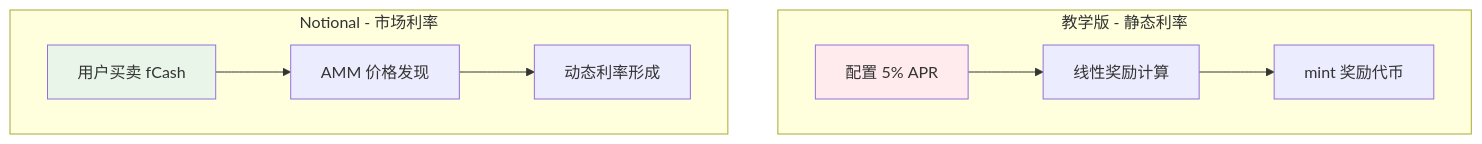
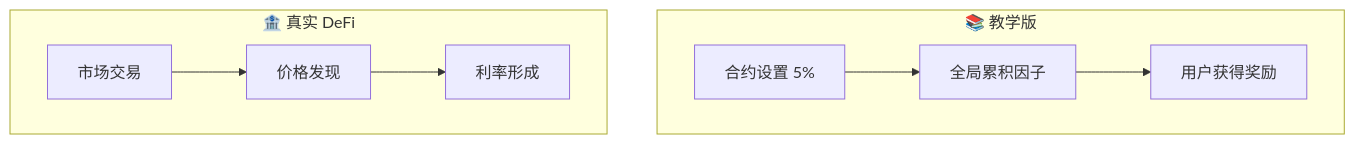
Before and after one commit to RohithVetri/defi-fixed-yield-course: the first of 2 diagrams in docs/lessons/06-notional-deep-dive.md, drawn with Mermaid. The commit also changed other lines of this file and 1 other file, not shown here.

````diff
--- a/docs/lessons/06-notional-deep-dive.md
+++ b/docs/lessons/06-notional-deep-dive.md
@@ -21,15 +21,12 @@
 ```mermaid
 graph TD
-    subgraph "教学版 - 静态利率"
-        A1[配置 5% APR] --> B1[线性奖励计算]
-        B1 --> C1[mint 奖励代币]
+    subgraph "📚 教学版"
+        A[合约设置 5%] --> B[全局累积因子]
+        B --> C[用户获得奖励]
     end
     
-    subgraph "Notional - 市场利率"
-        A2[用户买卖 fCash] --> B2[AMM 价格发现]
-        B2 --> C2[动态利率形成]
+    subgraph "🏦 真实 DeFi" 
+        D[市场交易] --> E[价格发现]
+        E --> F[利率形成]
     end
-    
-    style A1 fill:#ffebee
-    style A2 fill:#e8f5e8
 ```
````
